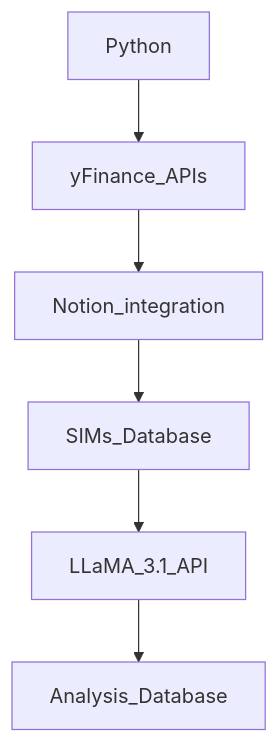
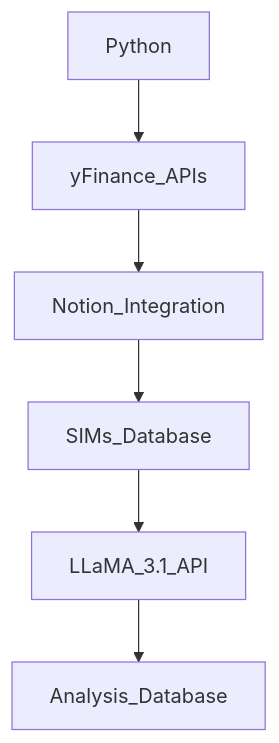
The diagram in README.md (sojourner-alpha/Daily_SIMs), drawn with Mermaid before and after one commit. The commit also changed other lines of this file, not shown here.

````diff
--- a/README.md
+++ b/README.md
@@ -6,8 +6,8 @@
 ```mermaid
 graph TD;
   Python --> yFinance_APIs;
-  yFinance_APIs --> Notion_integration;
-  Notion_integration --> SIMs_Database;
+  yFinance_APIs --> Notion_Integration;
+  Notion_Integration --> SIMs_Database;
   SIMs_Database --> LLaMA_3.1_API;
   LLaMA_3.1_API --> Analysis_Database;
 ```
````
